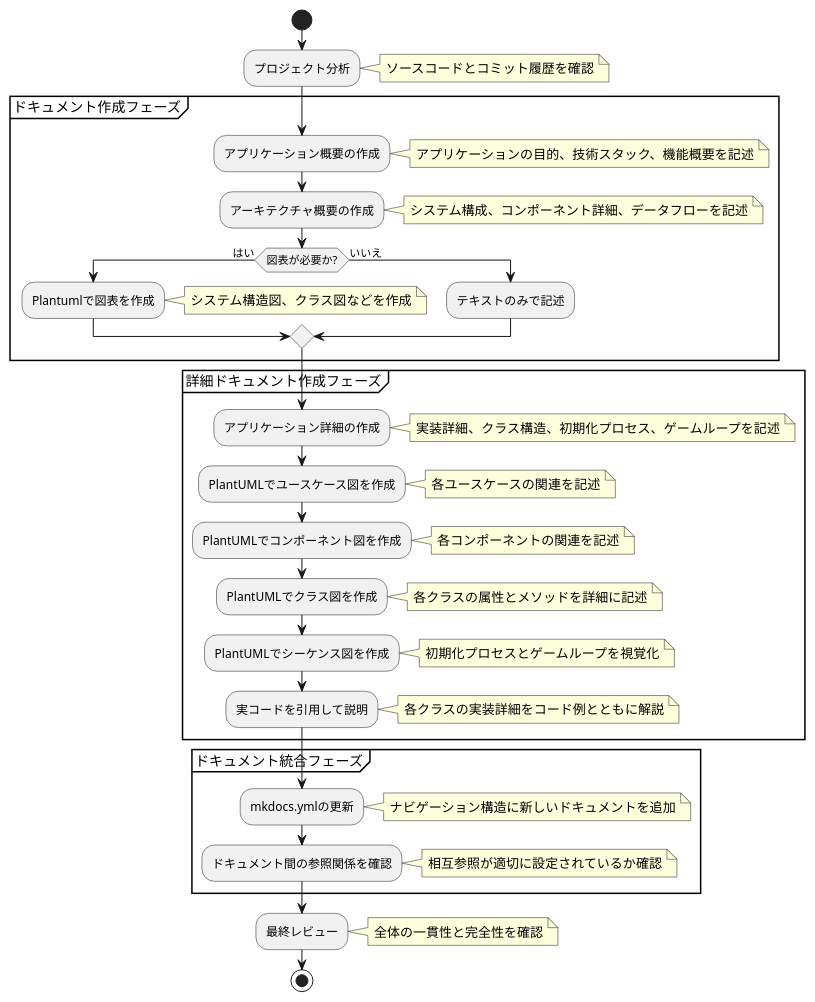
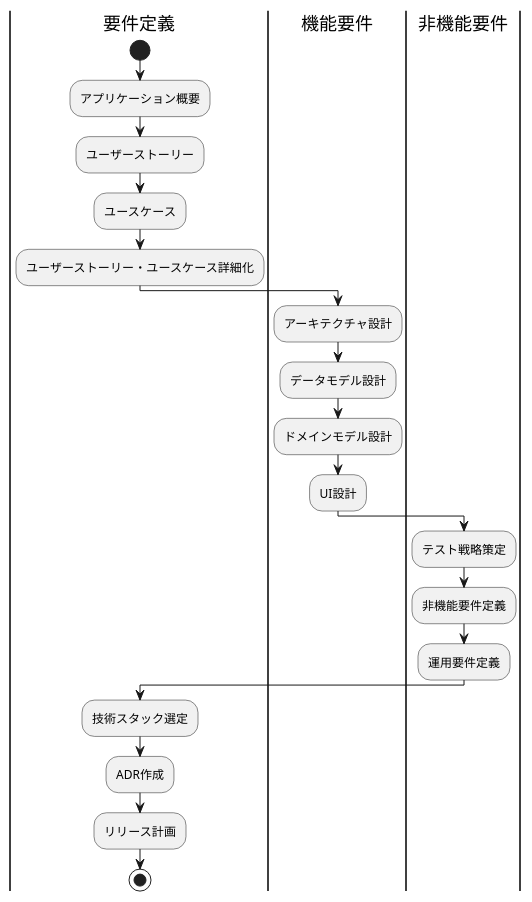
Before and after one commit to k2works/ai-programing-exercise: the second of 6 diagrams in .github/copilot-instructions.md, drawn with PlantUML. The commit also changed other lines of this file, not shown here.

````diff
--- a/.github/copilot-instructions.md
+++ b/.github/copilot-instructions.md
@@ -27,55 +66,29 @@
 ```plantuml
-@startuml
+@startuml "Phase 1"
+|要件定義|
 start
-:プロジェクト分析;
-note right: ソースコードとコミット履歴を確認
+:アプリケーション概要;
+:ユーザーストーリー;
+:ユースケース;
+:ユーザーストーリー・ユースケース詳細化;
 
-partition "ドキュメント作成フェーズ" {
-  :アプリケーション概要の作成;
-  note right: アプリケーションの目的、技術スタック、機能概要を記述
-  
-  :アーキテクチャ概要の作成;
-  note right: システム構成、コンポーネント詳細、データフローを記述
-  
-  if (図表が必要か?) then (はい)
-    :Plantumlで図表を作成;
-    note right: システム構造図、クラス図などを作成
-  else (いいえ)
-    :テキストのみで記述;
-  endif
-}
+|機能要件|
+:アーキテクチャ設計;
+:データモデル設計;
+:ドメインモデル設計;
+:UI設計;
 
-partition "詳細ドキュメント作成フェーズ" {
-  :アプリケーション詳細の作成;
-  note right: 実装詳細、クラス構造、初期化プロセス、ゲームループを記述
-  
-  :PlantUMLでユースケース図を作成;
-  note right: 各ユースケースの関連を記述
-  
-  :PlantUMLでコンポーネント図を作成;
-  note right: 各コンポーネントの関連を記述
-  
-  :PlantUMLでクラス図を作成;
-  note right: 各クラスの属性とメソッドを詳細に記述
-  
-  :PlantUMLでシーケンス図を作成;
-  note right: 初期化プロセスとゲームループを視覚化
-  
-  :実コードを引用して説明;
-  note right: 各クラスの実装詳細をコード例とともに解説
-}
+|非機能要件|
+:テスト戦略策定;
+:非機能要件定義;
+:運用要件定義;
 
-partition "ドキュメント統合フェーズ" {
-  :mkdocs.ymlの更新;
-  note right: ナビゲーション構造に新しいドキュメントを追加
-  
-  :ドキュメント間の参照関係を確認;
-  note right: 相互参照が適切に設定されているか確認
-}
-
-:最終レビュー;
-note right: 全体の一貫性と完全性を確認
+|要件定義|
+:技術スタック選定;
+:ADR作成;
+:リリース計画;
 
 stop
+
 @enduml
 ```
````
